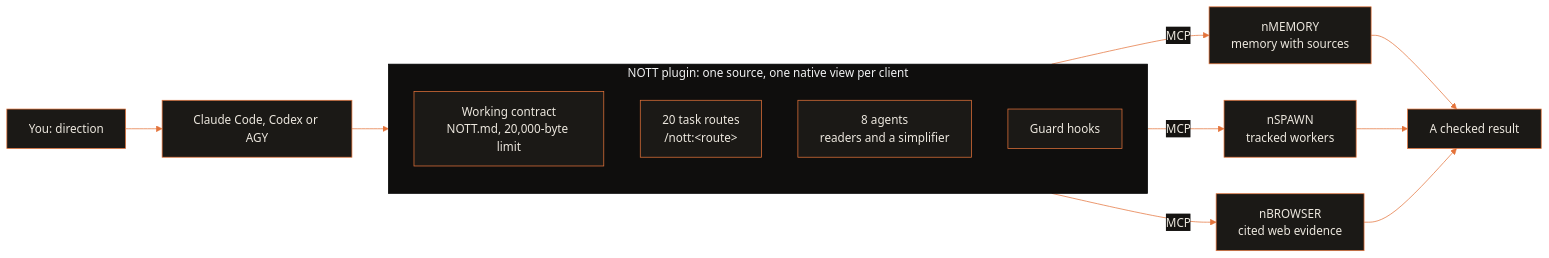
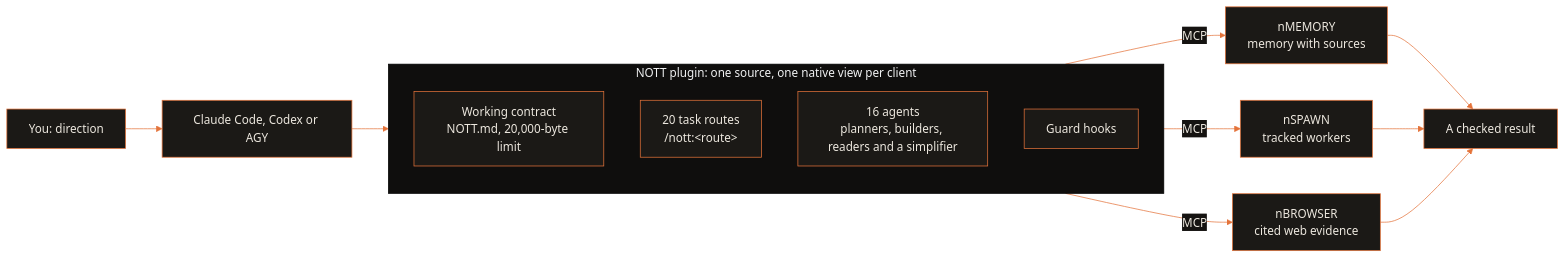
One commit to menot-you/plugin changed the diagram in README.md. Above: the diagram before and after it, drawn with Mermaid. The commit also changed other lines of this file and 450 other files, not shown here.

````diff
--- a/README.md
+++ b/README.md
@@ -50,16 +50,16 @@
 ```mermaid
 %%{init: {"theme": "base", "themeVariables": {"primaryColor": "#1B1916", "primaryTextColor": "#ECE7DE", "primaryBorderColor": "#E4733A", "lineColor": "#E4733A", "secondaryColor": "#151311", "tertiaryColor": "#0F0E0D", "fontFamily": "IBM Plex Mono, monospace"}}}%%
 flowchart LR
   you["You: direction"] --> client["Claude Code, Codex or AGY"]
   subgraph plugin["NOTT plugin: one source, one native view per client"]
     law["Working contract<br/>NOTT.md, 20,000-byte limit"]
     routes["20 task routes<br/>/nott:&lt;route&gt;"]
-    agents["8 agents<br/>readers and a simplifier"]
+    agents["16 agents<br/>planners, builders, readers and a simplifier"]
     hooks["Guard hooks"]
   end
   client --> plugin
   plugin -->|"MCP"| mem["nMEMORY<br/>memory with sources"]
   plugin -->|"MCP"| spawn["nSPAWN<br/>tracked workers"]
   plugin -->|"MCP"| web["nBROWSER<br/>cited web evidence"]
   mem & spawn & web --> result["A checked result"]
 ```
````
